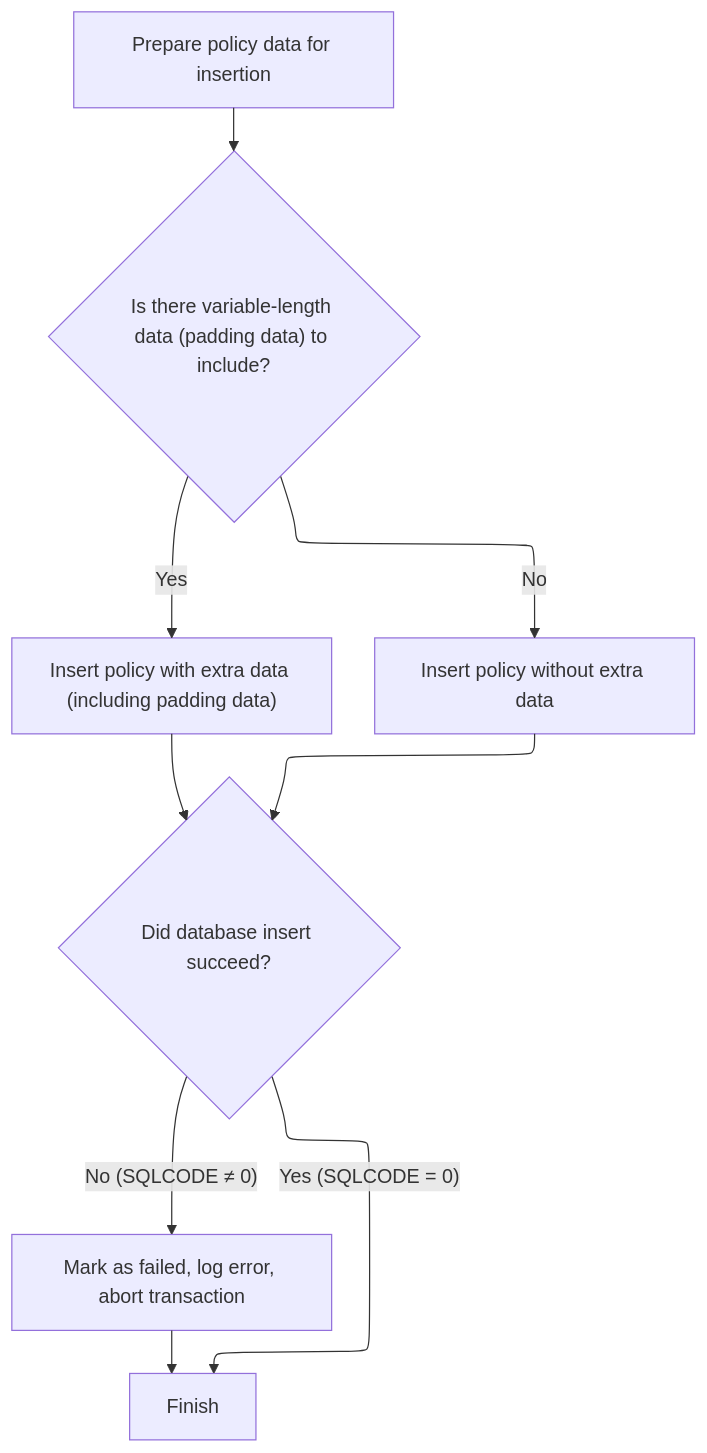
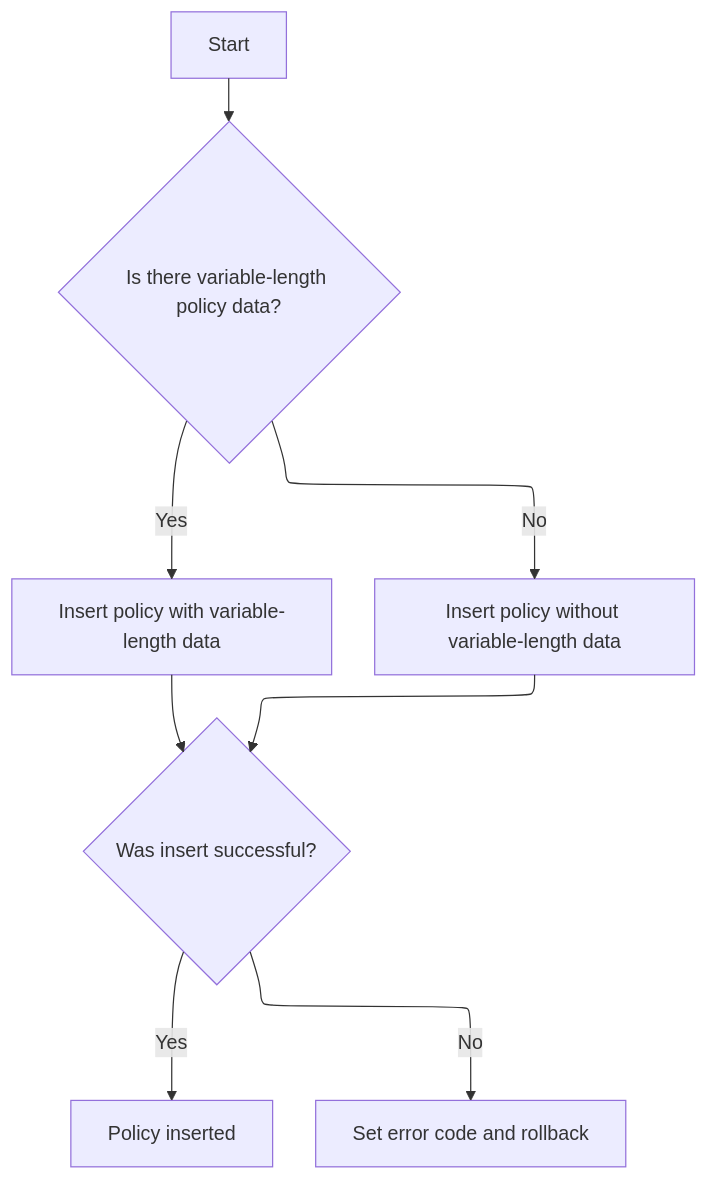
Before and after one commit to Giri-Swimm/Swimmio-genapp-motor: the seventh of 15 diagrams in .swm/inserting-insurance-policy-data-lgapdb09.xwl743qs.sw.md, drawn with Mermaid. The commit also changed other lines of this file and 17 other files, not shown here.

````diff
--- a/.swm/inserting-insurance-policy-data-lgapdb09.xwl743qs.sw.md
+++ b/.swm/inserting-insurance-policy-data-lgapdb09.xwl743qs.sw.md
@@ -1149,42 +1200,40 @@
 ```mermaid
 %%{init: {"flowchart": {"defaultRenderer": "elk"}} }%%
 flowchart TD
-  node1["Prepare policy data for insertion"]
-  click node1 openCode "base/src/lgapdb09.cbl:343:356"
-  node1 --> node2{"Is there variable-length data (padding data) to include?"}
-  click node2 openCode "base/src/lgapdb09.cbl:358:358"
-  node2 -->|"Yes"| node3["Insert policy with extra data (including padding data)"]
-  click node3 openCode "base/src/lgapdb09.cbl:362:382"
-  node2 -->|"No"| node4["Insert policy without extra data"]
-  click node4 openCode "base/src/lgapdb09.cbl:384:402"
-  node3 --> node5{"Did database insert succeed?"}
-  click node5 openCode "base/src/lgapdb09.cbl:405:405"
-  node4 --> node5
-  node5 -->|"Yes (SQLCODE = 0)"| node6["Finish"]
-  click node6 openCode "base/src/lgapdb09.cbl:413:413"
-  node5 -->|"No (SQLCODE ≠ 0)"| node7["Mark as failed, log error, abort transaction"]
-  click node7 openCode "base/src/lgapdb09.cbl:406:412"
-  node7 --> node6
+    node1["Start"] --> node2{"Is there variable-length policy data?"}
+    click node1 openCode "base/src/lgapdb09.cbl:343:355"
+    node2 -->|"Yes"| node3["Insert policy with variable-length data"]
+    click node2 openCode "base/src/lgapdb09.cbl:358:362"
+    node2 -->|"No"| node4["Insert policy without variable-length data"]
+    click node3 openCode "base/src/lgapdb09.cbl:362:382"
+    click node4 openCode "base/src/lgapdb09.cbl:384:402"
+    node3 --> node5{"Was insert successful?"}
+    node4 --> node5
+    click node5 openCode "base/src/lgapdb09.cbl:405:411"
+    node5 -->|"Yes"| node6["Policy inserted"]
+    click node6 openCode "base/src/lgapdb09.cbl:413:413"
+    node5 -->|"No"| node7["Set error code and rollback"]
+    click node7 openCode "base/src/lgapdb09.cbl:406:411"
+
 classDef HeadingStyle fill:#777777,stroke:#333,stroke-width:2px;
 
 %% Swimm:
 %% %%{init: {"flowchart": {"defaultRenderer": "elk"}} }%%
 %% flowchart TD
-%%   node1["Prepare policy data for insertion"]
-%%   click node1 openCode "<SwmPath>[base/src/lgapdb09.cbl](base/src/lgapdb09.cbl)</SwmPath>:343:356"
-%%   node1 --> node2{"Is there variable-length data (padding data) to include?"}
-%%   click node2 openCode "<SwmPath>[base/src/lgapdb09.cbl](base/src/lgapdb09.cbl)</SwmPath>:358:358"
-%%   node2 -->|"Yes"| node3["Insert policy with extra data (including padding data)"]
-%%   click node3 openCode "<SwmPath>[base/src/lgapdb09.cbl](base/src/lgapdb09.cbl)</SwmPath>:362:382"
-%%   node2 -->|"No"| node4["Insert policy without extra data"]
-%%   click node4 openCode "<SwmPath>[base/src/lgapdb09.cbl](base/src/lgapdb09.cbl)</SwmPath>:384:402"
-%%   node3 --> node5{"Did database insert succeed?"}
-%%   click node5 openCode "<SwmPath>[base/src/lgapdb09.cbl](base/src/lgapdb09.cbl)</SwmPath>:405:405"
-%%   node4 --> node5
-%%   node5 -->|"Yes (SQLCODE = 0)"| node6["Finish"]
-%%   click node6 openCode "<SwmPath>[base/src/lgapdb09.cbl](base/src/lgapdb09.cbl)</SwmPath>:413:413"
-%%   node5 -->|"No (SQLCODE ≠ 0)"| node7["Mark as failed, log error, abort transaction"]
-%%   click node7 openCode "<SwmPath>[base/src/lgapdb09.cbl](base/src/lgapdb09.cbl)</SwmPath>:406:412"
-%%   node7 --> node6
+%%     node1["Start"] --> node2{"Is there variable-length policy data?"}
+%%     click node1 openCode "<SwmPath>[base/src/lgapdb09.cbl](base/src/lgapdb09.cbl)</SwmPath>:343:355"
+%%     node2 -->|"Yes"| node3["Insert policy with variable-length data"]
+%%     click node2 openCode "<SwmPath>[base/src/lgapdb09.cbl](base/src/lgapdb09.cbl)</SwmPath>:358:362"
+%%     node2 -->|"No"| node4["Insert policy without variable-length data"]
+%%     click node3 openCode "<SwmPath>[base/src/lgapdb09.cbl](base/src/lgapdb09.cbl)</SwmPath>:362:382"
+%%     click node4 openCode "<SwmPath>[base/src/lgapdb09.cbl](base/src/lgapdb09.cbl)</SwmPath>:384:402"
+%%     node3 --> node5{"Was insert successful?"}
+%%     node4 --> node5
+%%     click node5 openCode "<SwmPath>[base/src/lgapdb09.cbl](base/src/lgapdb09.cbl)</SwmPath>:405:411"
+%%     node5 -->|"Yes"| node6["Policy inserted"]
+%%     click node6 openCode "<SwmPath>[base/src/lgapdb09.cbl](base/src/lgapdb09.cbl)</SwmPath>:413:413"
+%%     node5 -->|"No"| node7["Set error code and rollback"]
+%%     click node7 openCode "<SwmPath>[base/src/lgapdb09.cbl](base/src/lgapdb09.cbl)</SwmPath>:406:411"
+%% 
 %% classDef HeadingStyle fill:#777777,stroke:#333,stroke-width:2px;
 ```
````
